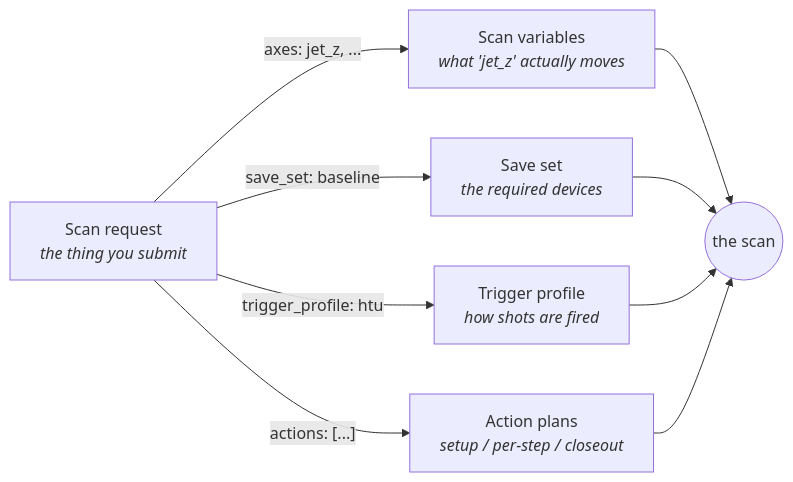
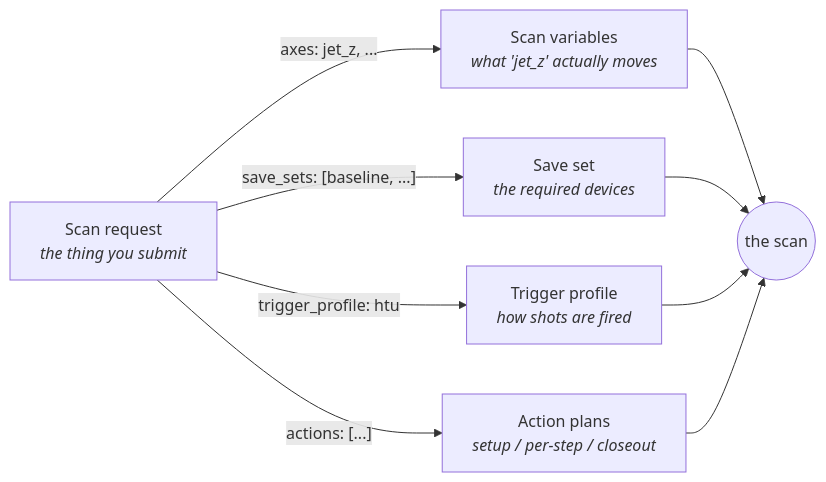
Before and after one commit to GEECS-BELLA/GEECS-Plugins: the diagram in docs/geecs_schemas/schemas_overview.md, drawn with Mermaid. The commit also changed 19 other files, not shown here.

First line of the commit message:
M4 step (0): ScanRequest references a list of named save sets (union)

````diff
--- a/docs/geecs_schemas/schemas_overview.md
+++ b/docs/geecs_schemas/schemas_overview.md
@@ -120,18 +120,18 @@
 ```mermaid
 flowchart LR
     SR["Scan request<br/><i>the thing you submit</i>"]
     SV["Scan variables<br/><i>what 'jet_z' actually moves</i>"]
     SS["Save set<br/><i>the required devices</i>"]
     TP["Trigger profile<br/><i>how shots are fired</i>"]
     AP["Action plans<br/><i>setup / per-step / closeout</i>"]
     SCAN(("the scan"))
 
     SR -- "axes: jet_z, ..." --> SV
-    SR -- "save_set: baseline" --> SS
+    SR -- "save_sets: [baseline, ...]" --> SS
     SR -- "trigger_profile: htu" --> TP
     SR -- "actions: [...]" --> AP
     SV --> SCAN
     SS --> SCAN
     TP --> SCAN
     AP --> SCAN
 ```
````
